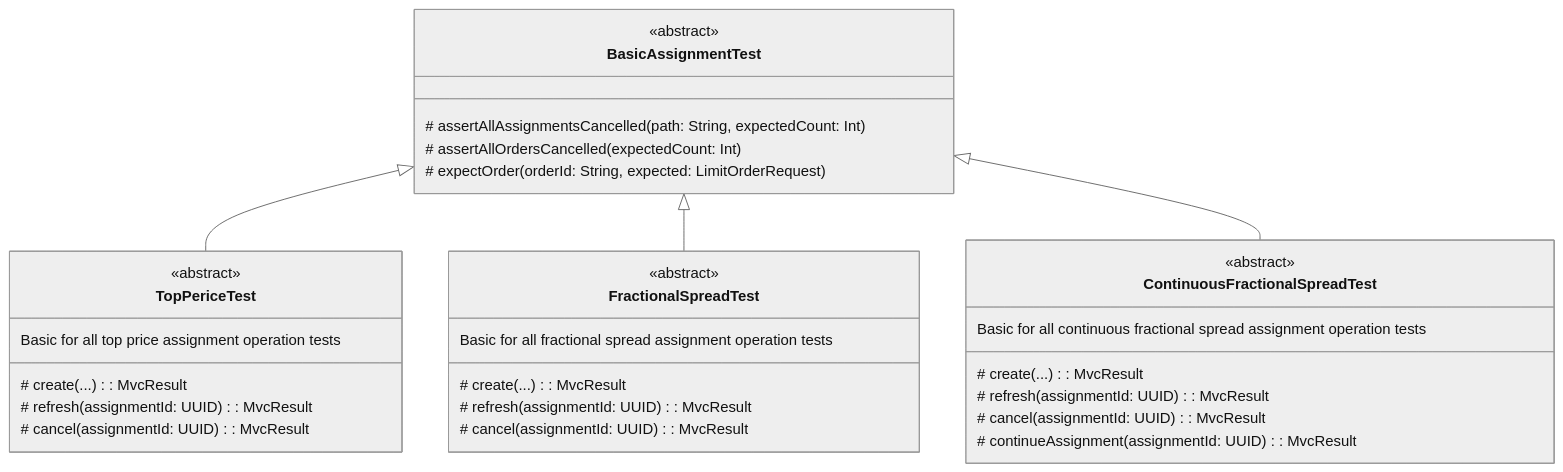
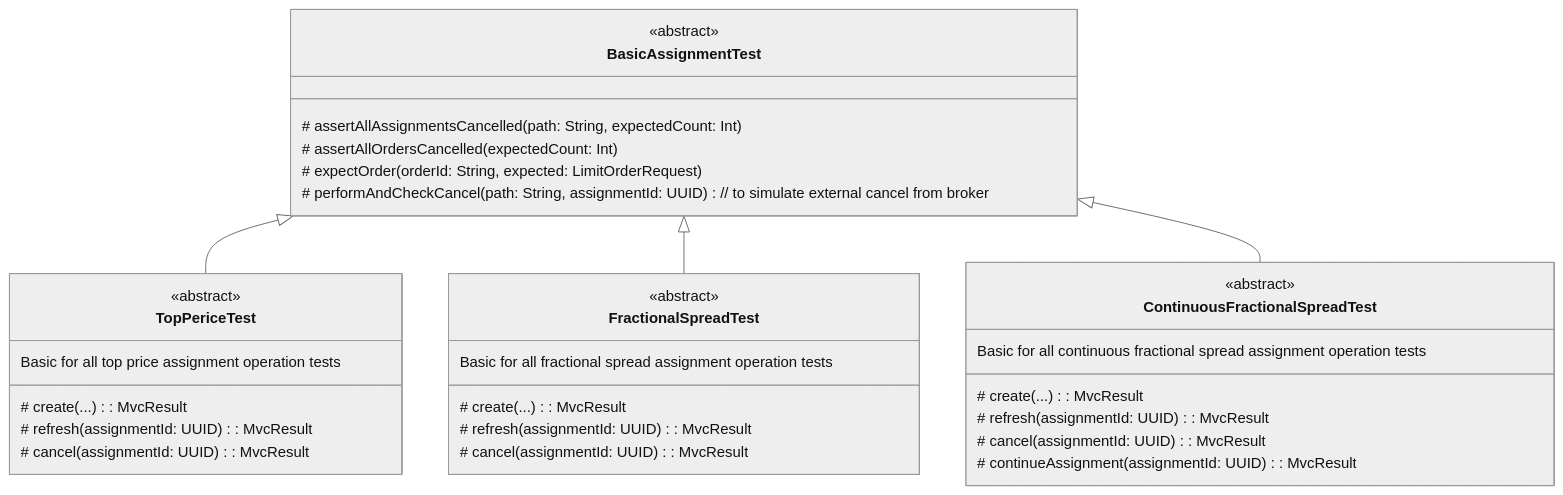
Before and after one commit to pashkovske/buratino: the diagram in src/test/kotlin/ru/pashkovske/buratino/integration/assignment/code.md, drawn with Mermaid (neutral theme). The commit also changed 2 other files, not shown here.

Commit message:
after refactor clean up

````diff
--- a/src/test/kotlin/ru/pashkovske/buratino/integration/assignment/code.md
+++ b/src/test/kotlin/ru/pashkovske/buratino/integration/assignment/code.md
@@ -19,35 +19,36 @@
 ```mermaid
 classDiagram
     class BasicAssignmentTest {
         <<abstract>>
         # assertAllAssignmentsCancelled(path: String, expectedCount: Int)
         # assertAllOrdersCancelled(expectedCount: Int)
         # expectOrder(orderId: String, expected: LimitOrderRequest)
+        # performAndCheckCancel(path: String, assignmentId: UUID) // to simulate external cancel from broker
     }
     class TopPericeTest {
         <<abstract>>
         Basic for all top price assignment operation tests
         # create(...): MvcResult
         # refresh(assignmentId: UUID): MvcResult
         # cancel(assignmentId: UUID): MvcResult
     }
     class FractionalSpreadTest {
         <<abstract>>
         Basic for all fractional spread assignment operation tests
         # create(...): MvcResult
         # refresh(assignmentId: UUID): MvcResult
         # cancel(assignmentId: UUID): MvcResult
     }
     class ContinuousFractionalSpreadTest {
         <<abstract>>
         Basic for all continuous fractional spread assignment operation tests
         # create(...): MvcResult
         # refresh(assignmentId: UUID): MvcResult
         # cancel(assignmentId: UUID): MvcResult
         # continueAssignment(assignmentId: UUID): MvcResult
     }
 
     BasicAssignmentTest <|-- TopPericeTest
     BasicAssignmentTest <|-- FractionalSpreadTest
     BasicAssignmentTest <|-- ContinuousFractionalSpreadTest
 ```
````
